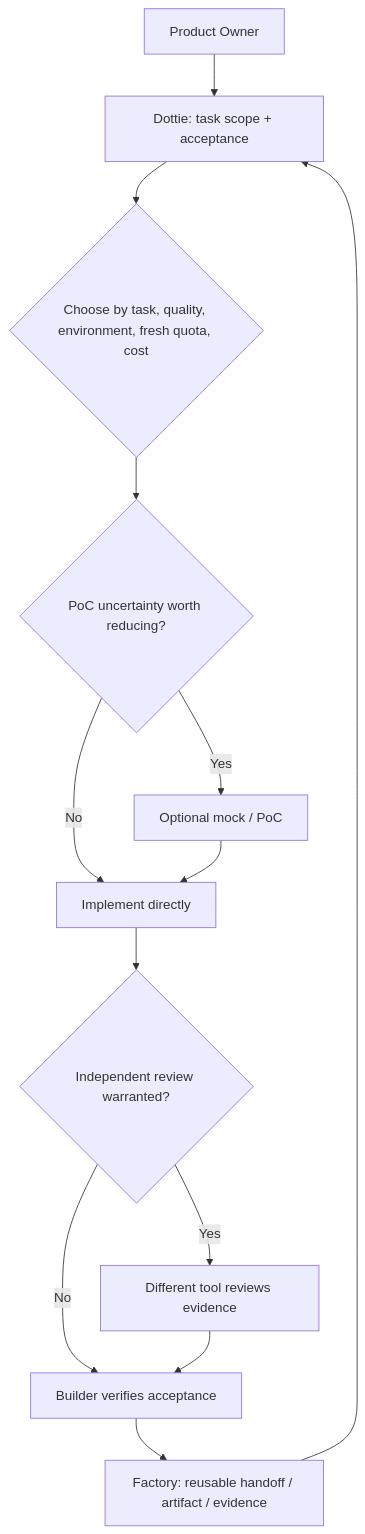
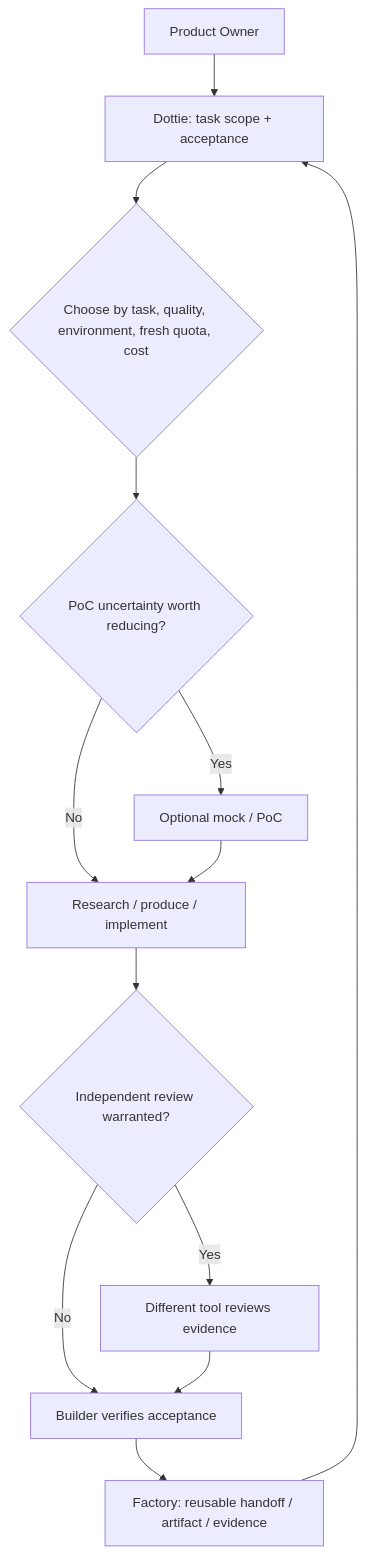
The diagram in docs/routing-guide.md (moruku36/multi-ai-workflow), drawn with Mermaid before and after one commit. The commit also changed other lines of this file and 11 other files, not shown here.

````diff
--- a/docs/routing-guide.md
+++ b/docs/routing-guide.md
@@ -47,15 +67,15 @@
 ```mermaid
 flowchart TD
     U["Product Owner"] --> D["Dottie: task scope + acceptance"]
     D --> C{"Choose by task, quality, environment, fresh quota, cost"}
     C --> P{"PoC uncertainty worth reducing?"}
     P -->|Yes| M["Optional mock / PoC"]
-    P -->|No| I["Implement directly"]
+    P -->|No| I["Research / produce / implement"]
     M --> I
     I --> V{"Independent review warranted?"}
     V -->|Yes| R["Different tool reviews evidence"]
     V -->|No| E["Builder verifies acceptance"]
     R --> E
     E --> F["Factory: reusable handoff / artifact / evidence"]
     F --> D
 ```
````
